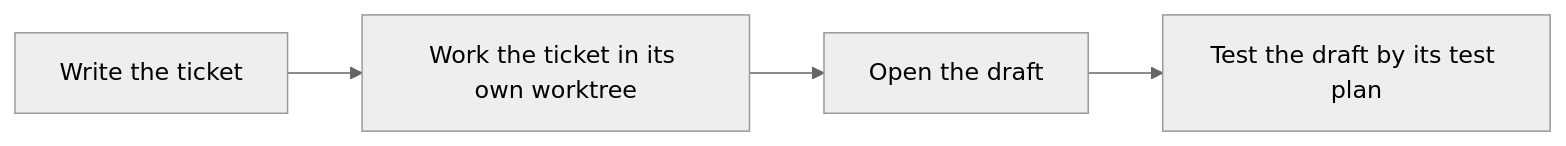
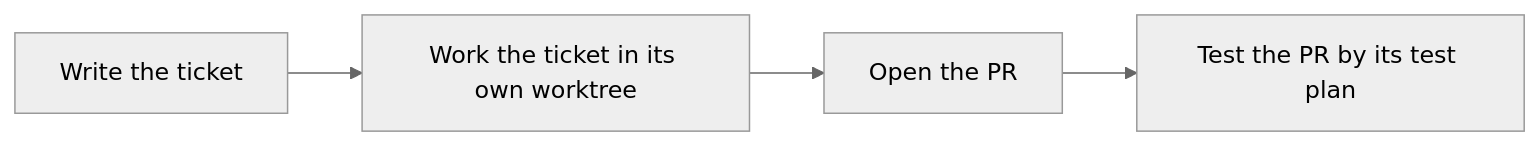
One commit to renefatuaki/skills changed the diagram in docs/guide/11-github-workflow.md. Above: the diagram before and after it, drawn with Mermaid (neutral theme). The commit also changed other lines of this file and 13 other files, not shown here.

First line of the commit message:
feat(pull-request): open pull requests ready for review by the app

````diff
--- a/docs/guide/11-github-workflow.md
+++ b/docs/guide/11-github-workflow.md
@@ -7,7 +7,7 @@
 ```mermaid
 flowchart LR
-  accTitle: How does a GitHub issue become a draft PR?
+  accTitle: How does a GitHub issue become a PR ready for review?
   issue["Write the ticket"] --> ticket["Work the ticket in its own worktree"]
-  ticket --> pullRequest["Open the draft"]
-  pullRequest --> pullRequestReview["Test the draft by its test plan"]
+  ticket --> pullRequest["Open the PR"]
+  pullRequest --> pullRequestReview["Test the PR by its test plan"]
 ```
````
